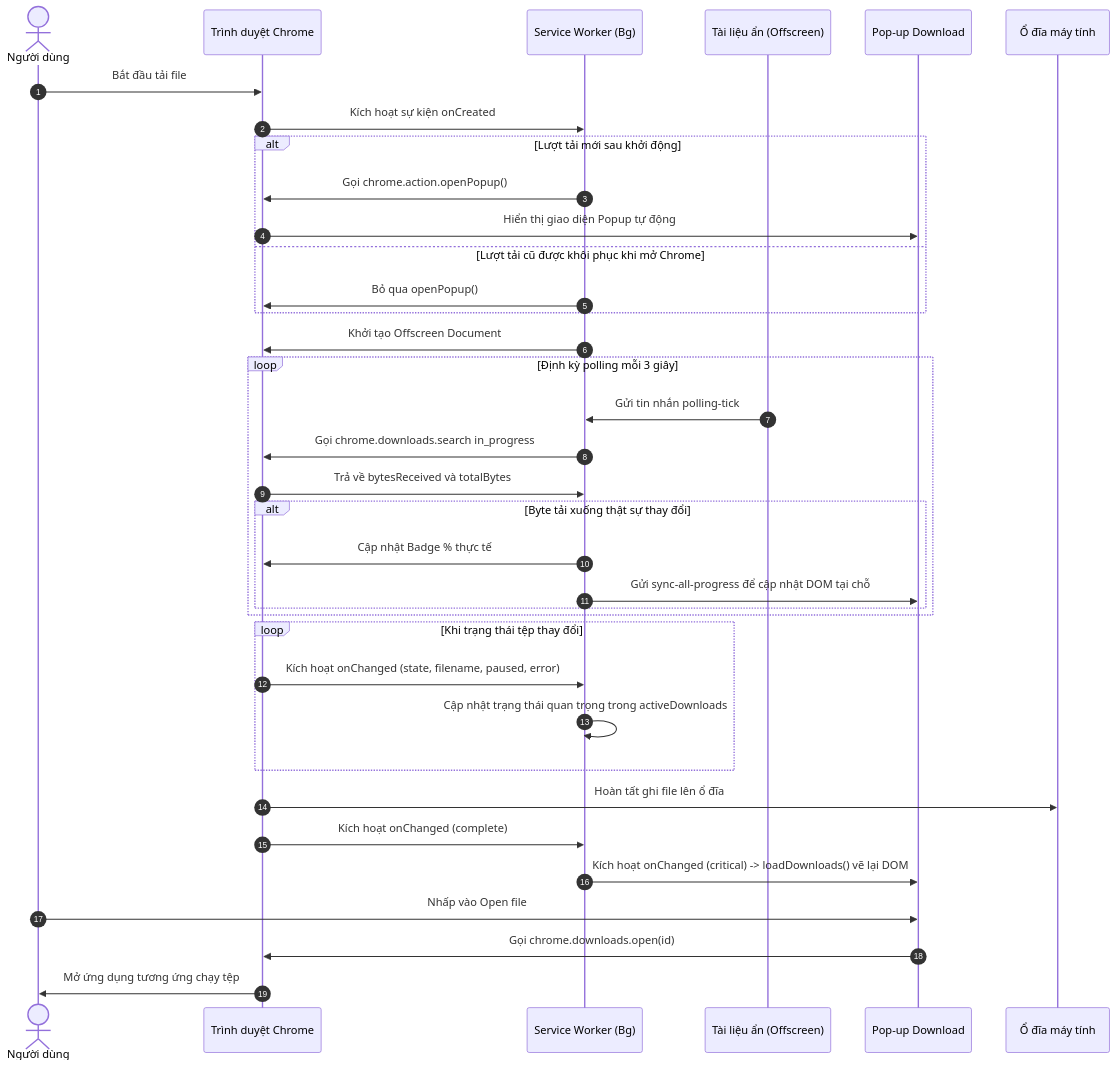
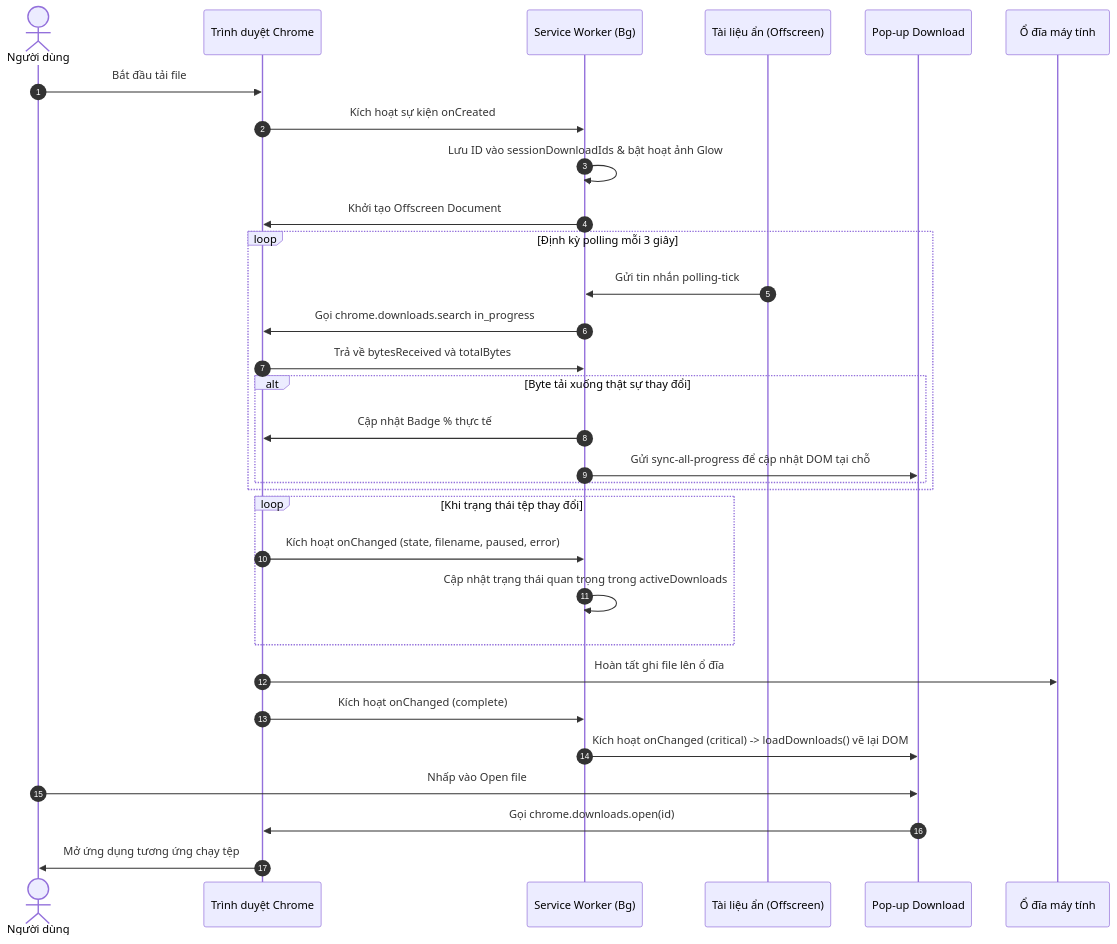
Before and after one commit to CodeingOver/CustomeDownLoad-HistoryExtensionForChrome: the second of 2 diagrams in docs/architecture.md, drawn with Mermaid. The commit also changed other lines of this file and 3 other files, not shown here.

````diff
--- a/docs/architecture.md
+++ b/docs/architecture.md
@@ -160,39 +159,34 @@
 ```mermaid
 sequenceDiagram
     autonumber
     actor User as Người dùng
     participant Chrome as Trình duyệt Chrome
     participant SW as Service Worker (Bg)
     participant Offscreen as Tài liệu ẩn (Offscreen)
     participant Pop as Pop-up Download
     participant Disk as Ổ đĩa máy tính
 
     User->>Chrome: Bắt đầu tải file
     Chrome->>SW: Kích hoạt sự kiện onCreated
-    alt Lượt tải mới sau khởi động
-        SW->>Chrome: Gọi chrome.action.openPopup()
-        Chrome->>Pop: Hiển thị giao diện Popup tự động
-    else Lượt tải cũ được khôi phục khi mở Chrome
-        SW->>Chrome: Bỏ qua openPopup()
-    end
+    SW->>SW: Lưu ID vào sessionDownloadIds & bật hoạt ảnh Glow
     SW->>Chrome: Khởi tạo Offscreen Document
     loop Định kỳ polling mỗi 3 giây
         Offscreen->>SW: Gửi tin nhắn polling-tick
         SW->>Chrome: Gọi chrome.downloads.search in_progress
         Chrome->>SW: Trả về bytesReceived và totalBytes
         alt Byte tải xuống thật sự thay đổi
             SW->>Chrome: Cập nhật Badge % thực tế
             SW->>Pop: Gửi sync-all-progress để cập nhật DOM tại chỗ
         end
     end
     loop Khi trạng thái tệp thay đổi
         Chrome->>SW: Kích hoạt onChanged (state, filename, paused, error)
         SW->>SW: Cập nhật trạng thái quan trọng trong activeDownloads
     end
     Chrome->>Disk: Hoàn tất ghi file lên ổ đĩa
     Chrome->>SW: Kích hoạt onChanged (complete)
     SW->>Pop: Kích hoạt onChanged (critical) -> loadDownloads() vẽ lại DOM
     User->>Pop: Nhấp vào Open file
     Pop->>Chrome: Gọi chrome.downloads.open(id)
     Chrome->>User: Mở ứng dụng tương ứng chạy tệp
 ```
````
